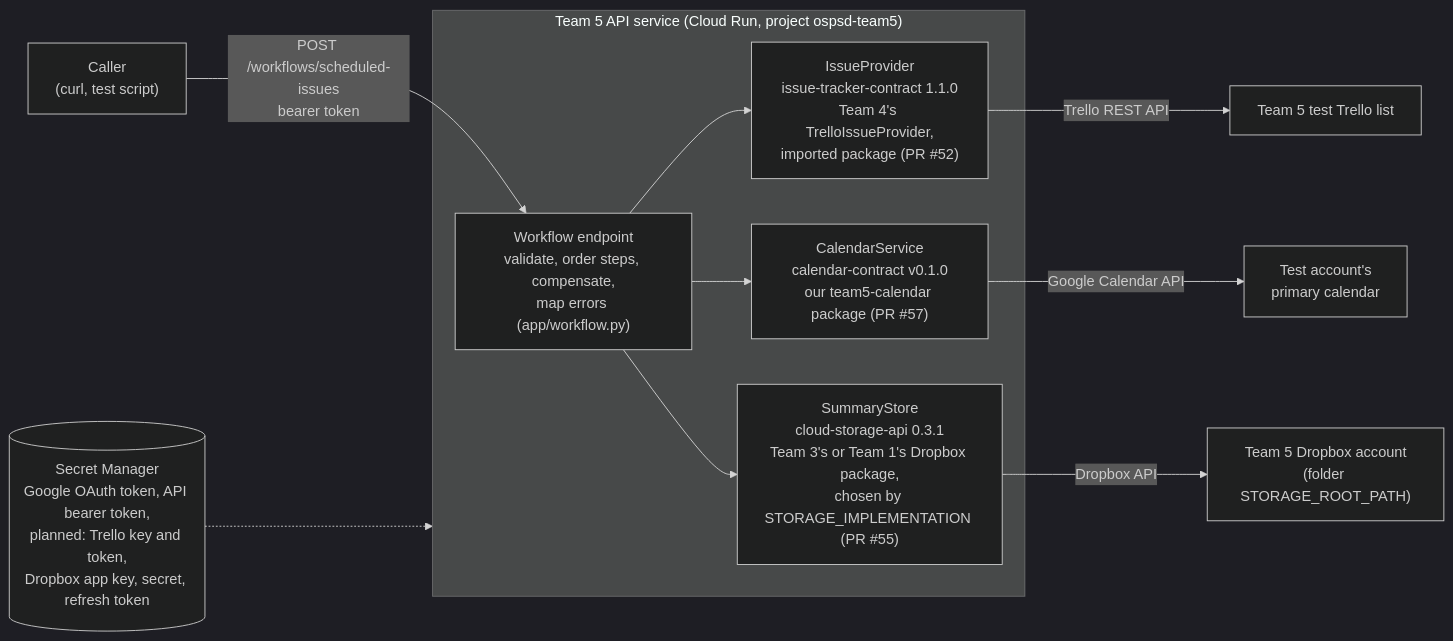
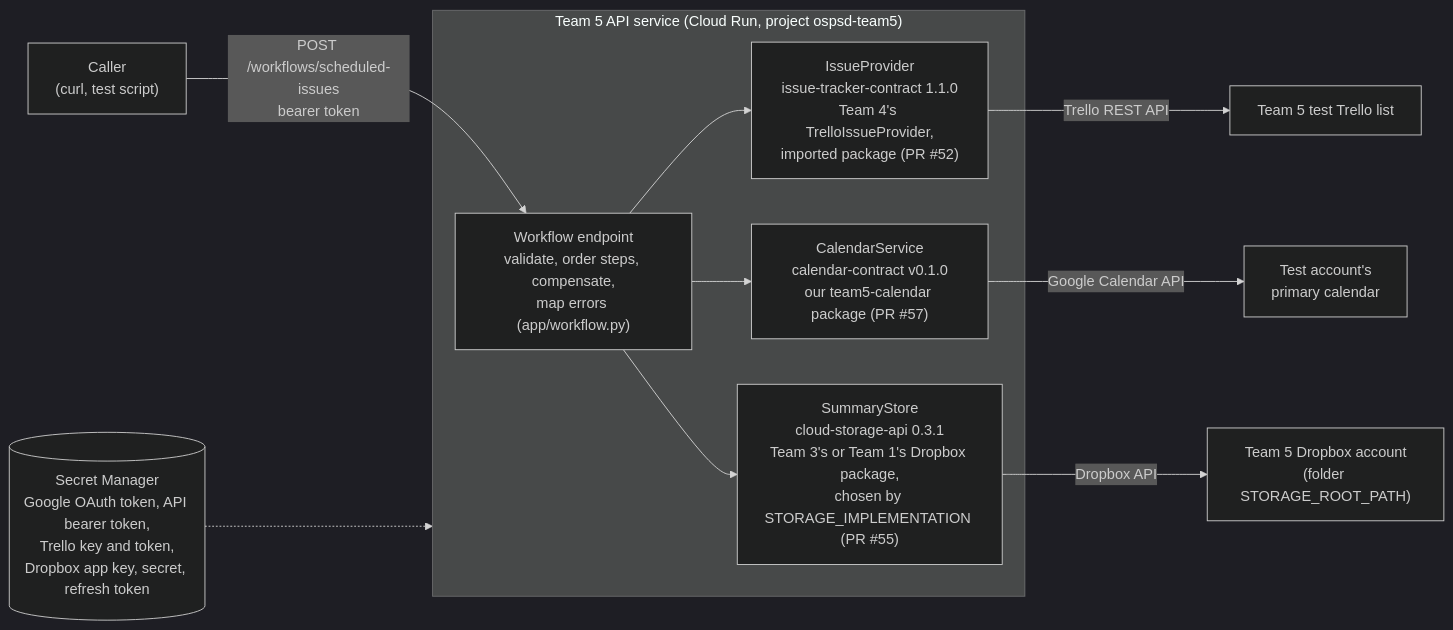
One commit to juno-junhyuk-lee/OSPSD-Team-5 changed the diagram in DESIGN.md. Above: the diagram before and after it, drawn with Mermaid (dark theme). The commit also changed other lines of this file, not shown here.

````diff
--- a/DESIGN.md
+++ b/DESIGN.md
@@ -26,14 +26,14 @@
 ```mermaid
 flowchart LR
     caller["Caller<br/>(curl, test script)"] -- "POST /workflows/scheduled-issues<br/>bearer token" --> api
     subgraph run["Team 5 API service (Cloud Run, project ospsd-team5)"]
         api["Workflow endpoint<br/>validate, order steps, compensate,<br/>map errors (app/workflow.py)"]
         api --> ip["IssueProvider<br/>issue-tracker-contract 1.1.0<br/>Team 4's TrelloIssueProvider,<br/>imported package (PR #52)"]
         api --> cs["CalendarService<br/>calendar-contract v0.1.0<br/>our team5-calendar package (PR #57)"]
         api --> ss["SummaryStore<br/>cloud-storage-api 0.3.1<br/>Team 3's or Team 1's Dropbox package,<br/>chosen by STORAGE_IMPLEMENTATION (PR #55)"]
     end
     ip -- "Trello REST API" --> tr["Team 5 test Trello list"]
     cs -- "Google Calendar API" --> gc["Test account's<br/>primary calendar"]
     ss -- "Dropbox API" --> db["Team 5 Dropbox account<br/>(folder STORAGE_ROOT_PATH)"]
-    sm[("Secret Manager<br/>Google OAuth token, API bearer token,<br/>planned: Trello key and token,<br/>Dropbox app key, secret, refresh token")] -.-> run
+    sm[("Secret Manager<br/>Google OAuth token, API bearer token,<br/>Trello key and token,<br/>Dropbox app key, secret, refresh token")] -.-> run
 ```
````
